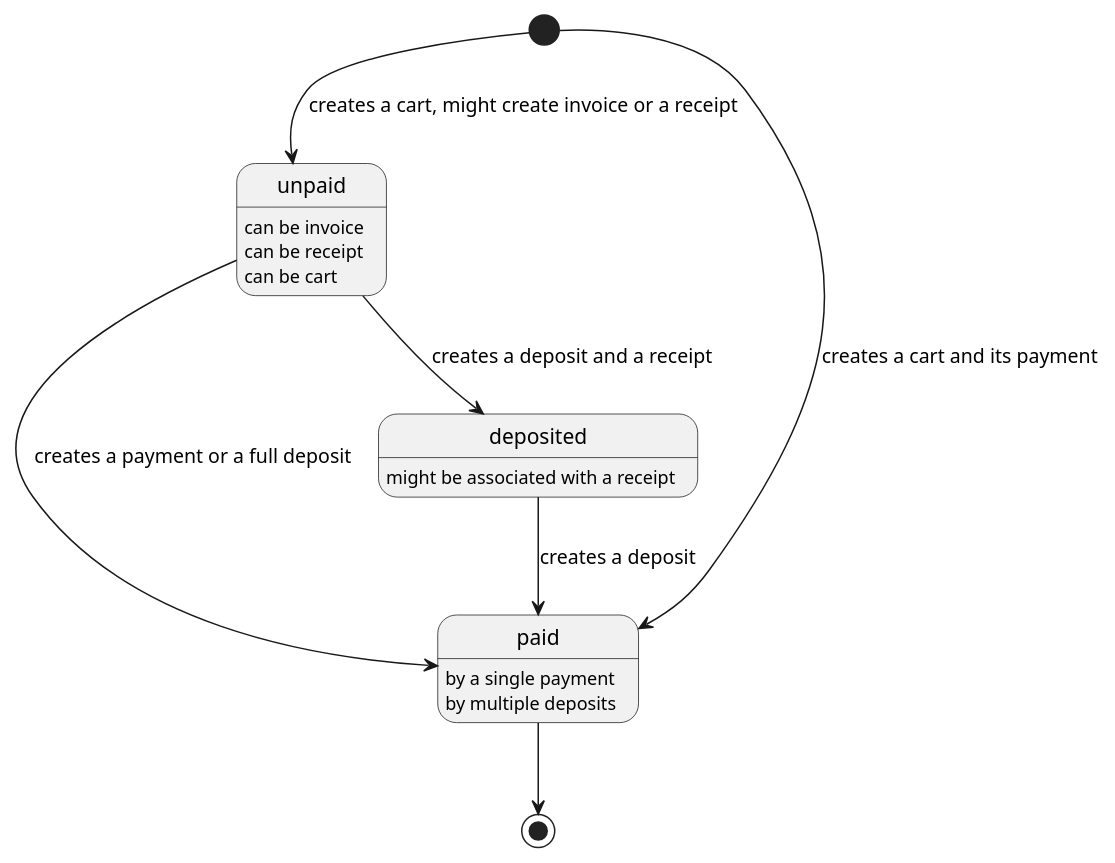
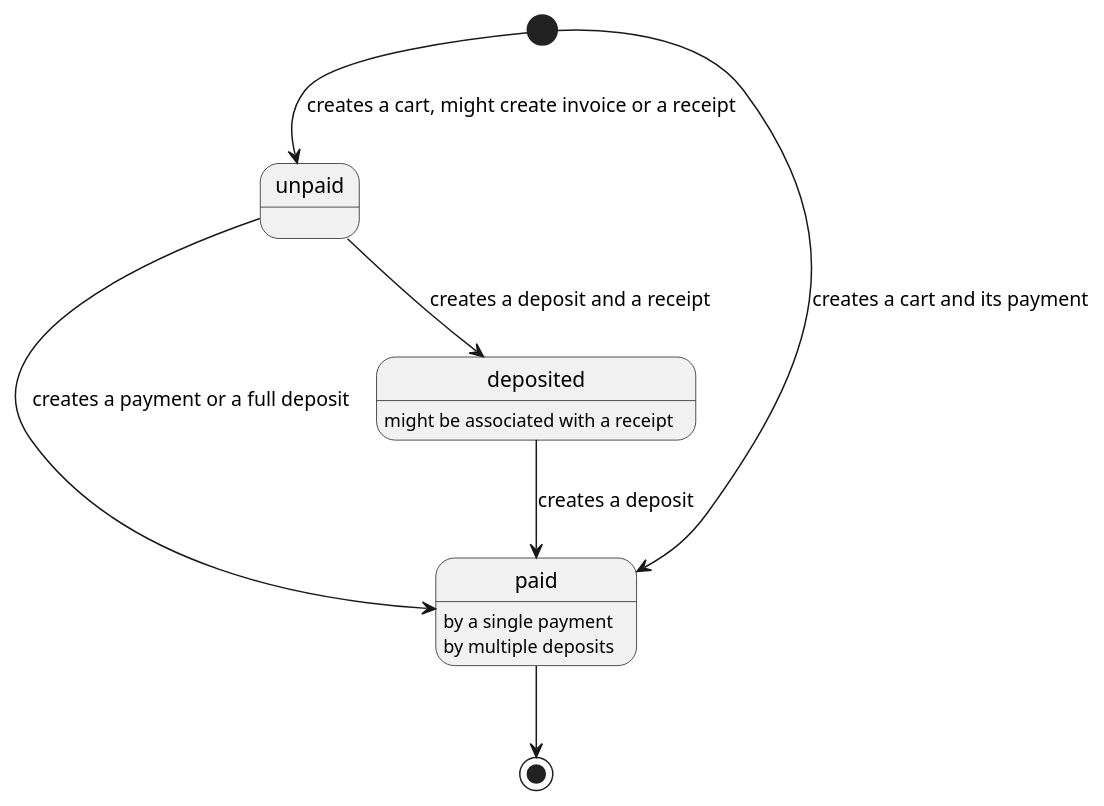
Before and after one commit to OmarZOS/gluttex-api: the diagram in README.md, drawn with PlantUML. The commit also changed 8 other files, not shown here.

```diff
--- a/README.md
+++ b/README.md
@@ -106,24 +106,22 @@
     @startuml
 
     [*] --> paid : creates a cart and its payment 
 
     [*] --> unpaid : creates a cart, might create invoice or a receipt 
 
     unpaid -> paid : creates a payment or a full deposit
-    unpaid: can be invoice
-    unpaid: can be receipt
-    unpaid: can be cart
+
 
 
 
     unpaid --> deposited : creates a deposit and a receipt
     deposited:  might be associated with a receipt
 
     deposited --> paid : creates a deposit
 
     paid --> [*]
     paid : by a single payment
     paid : by multiple deposits
 
 
     @enduml
```
